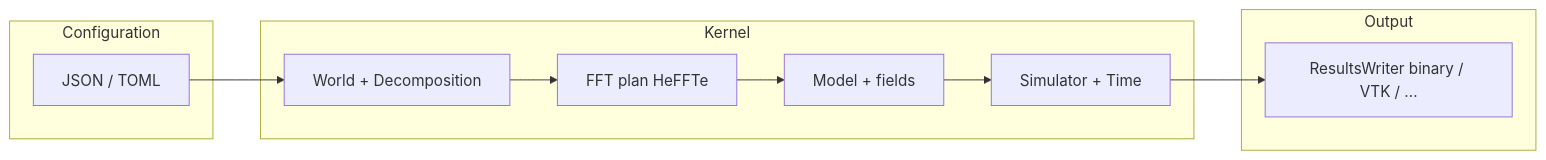
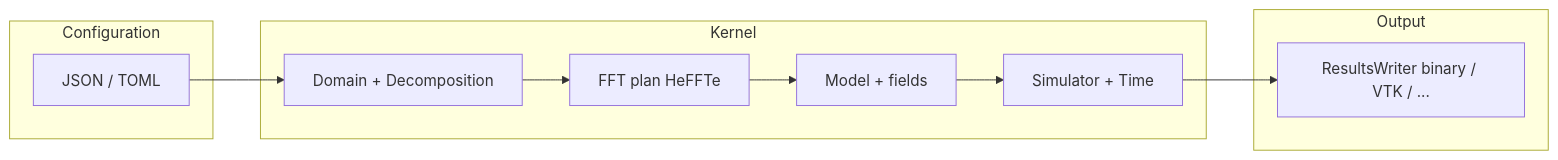
Before and after one commit to VTT-ProperTune/OpenPFC: the diagram in docs/concepts/spectral_stack.md, drawn with Mermaid. The commit also changed other lines of this file and 2 other files, not shown here.

Commit message:
docs(concepts): replace World with Domain in current usage
This updates docs/concepts/*.md to reference Domain instead of the
deprecated World type alias for current usage descriptions. Historical
context mentioning the World→Domain deprecation is preserved.

````diff
--- a/docs/concepts/spectral_stack.md
+++ b/docs/concepts/spectral_stack.md
@@ -12,20 +12,20 @@
 ```mermaid
 flowchart LR
   subgraph input [Configuration]
     J[JSON / TOML]
   end
   subgraph kernel [Kernel]
-    W[World + Decomposition]
+    W[Domain + Decomposition]
     F[FFT plan HeFFTe]
     M[Model + fields]
     S[Simulator + Time]
   end
   subgraph out [Output]
     R[ResultsWriter binary / VTK / ...]
   end
   J --> W
   W --> F
   F --> M
   M --> S
   S --> R
 ```
````
